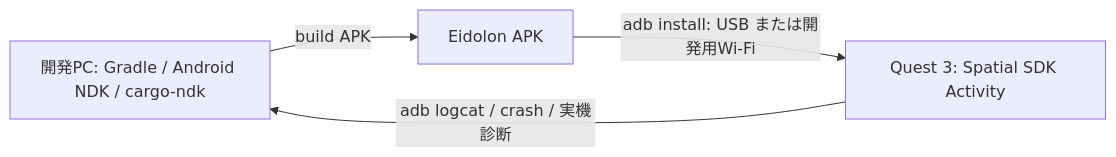
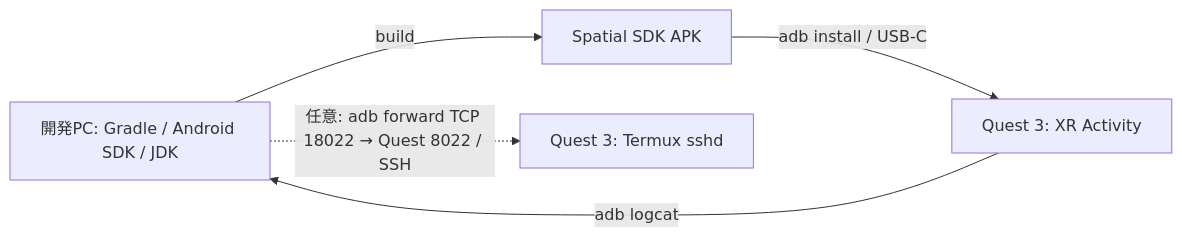
The first of 7 diagrams in docs/implementation-plan.md (tin-machine/eidolon-wayland), drawn with Mermaid before and after one commit. The commit also changed other lines of this file, not shown here.

```diff
--- a/docs/implementation-plan.md
+++ b/docs/implementation-plan.md
@@ -41,6 +45,7 @@
 ~~~mermaid
 flowchart LR
-  DEV["開発PC: Gradle / Android NDK / cargo-ndk"] -->|"build APK"| APK["Eidolon APK"]
-  APK -->|"adb install: USB または開発用Wi-Fi"| QUEST["Quest 3: Spatial SDK Activity"]
-  QUEST -->|"adb logcat / crash / 実機診断"| DEV
+  DEV["開発PC: Gradle / Android SDK / JDK"] -->|"build"| APK["Spatial SDK APK"]
+  APK -->|"adb install / USB-C"| QUEST["Quest 3: XR Activity"]
+  QUEST -->|"adb logcat"| DEV
+  DEV -.->|"任意: adb forward TCP 18022 → Quest 8022 / SSH"| T["Quest 3: Termux sshd"]
 ~~~
```
